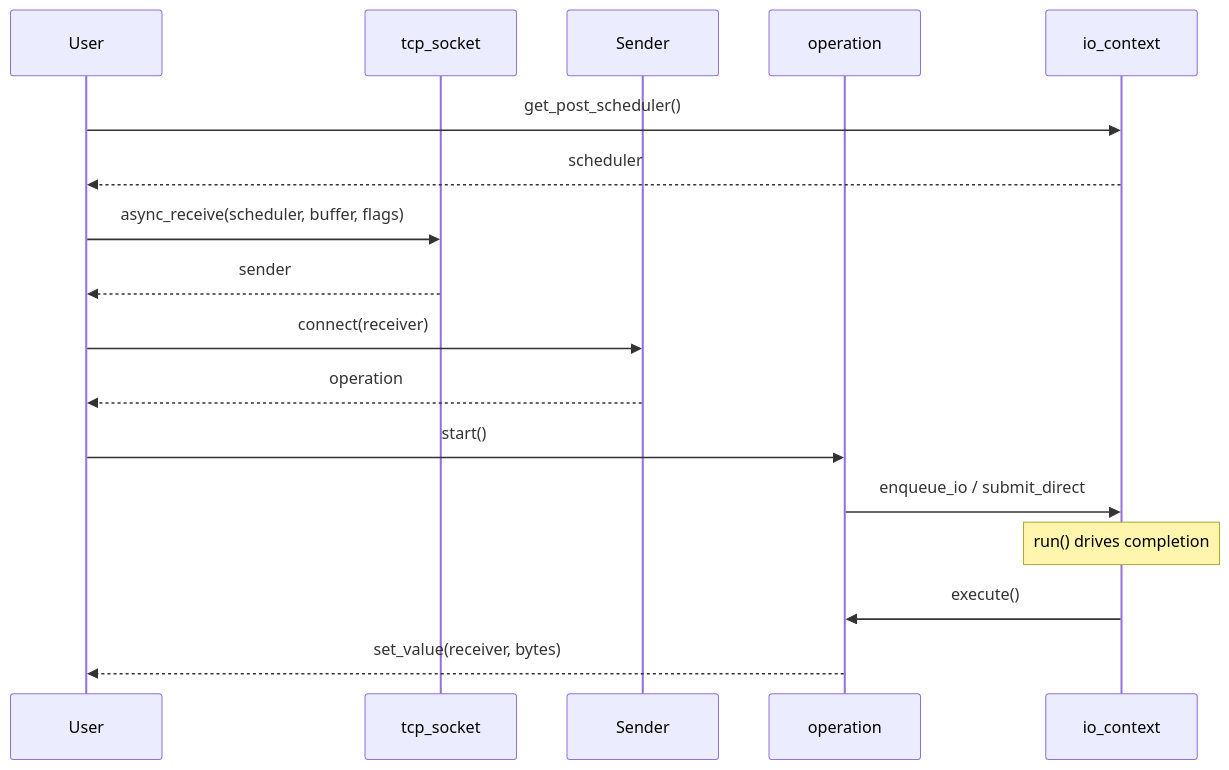
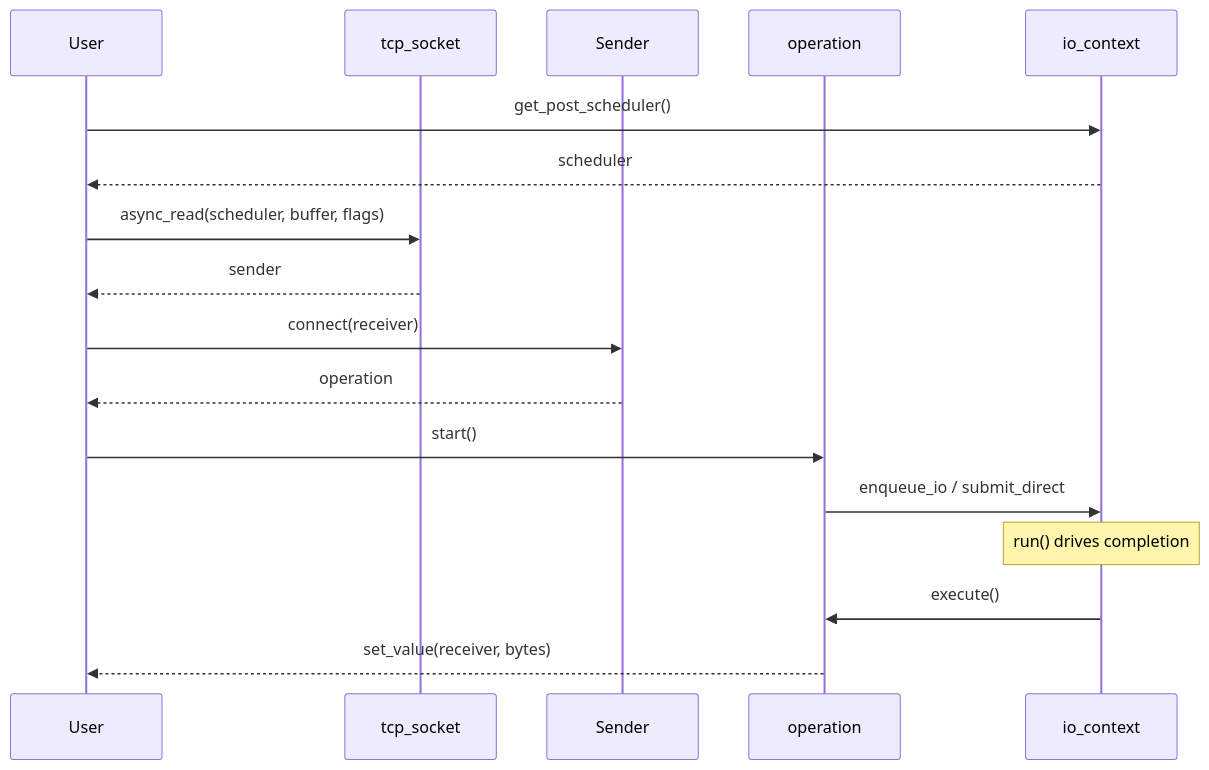
Before and after one commit to haomingbai/bnio: the sixth of 6 diagrams in docs/usage.md, drawn with Mermaid. The commit also changed other lines of this file and 16 other files, not shown here.

````diff
--- a/docs/usage.md
+++ b/docs/usage.md
@@ -390,20 +390,20 @@
 ```mermaid
 sequenceDiagram
     participant User
     participant Stream as tcp_socket
     participant Sender
     participant Op as operation
     participant Ctx as io_context
 
     User->>Ctx: get_post_scheduler()
     Ctx-->>User: scheduler
-    User->>Stream: async_receive(scheduler, buffer, flags)
+    User->>Stream: async_read(scheduler, buffer, flags)
     Stream-->>User: sender
     User->>Sender: connect(receiver)
     Sender-->>User: operation
     User->>Op: start()
     Op->>Ctx: enqueue_io / submit_direct
     Note over Ctx: run() drives completion
     Ctx->>Op: execute()
     Op-->>User: set_value(receiver, bytes)
 ```
````
